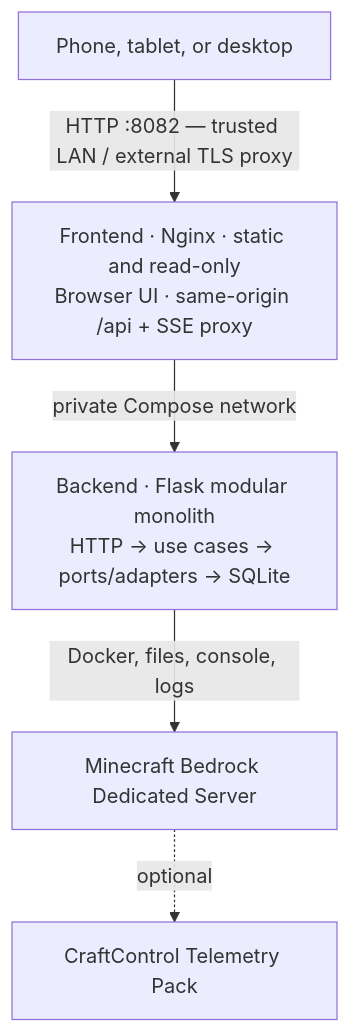
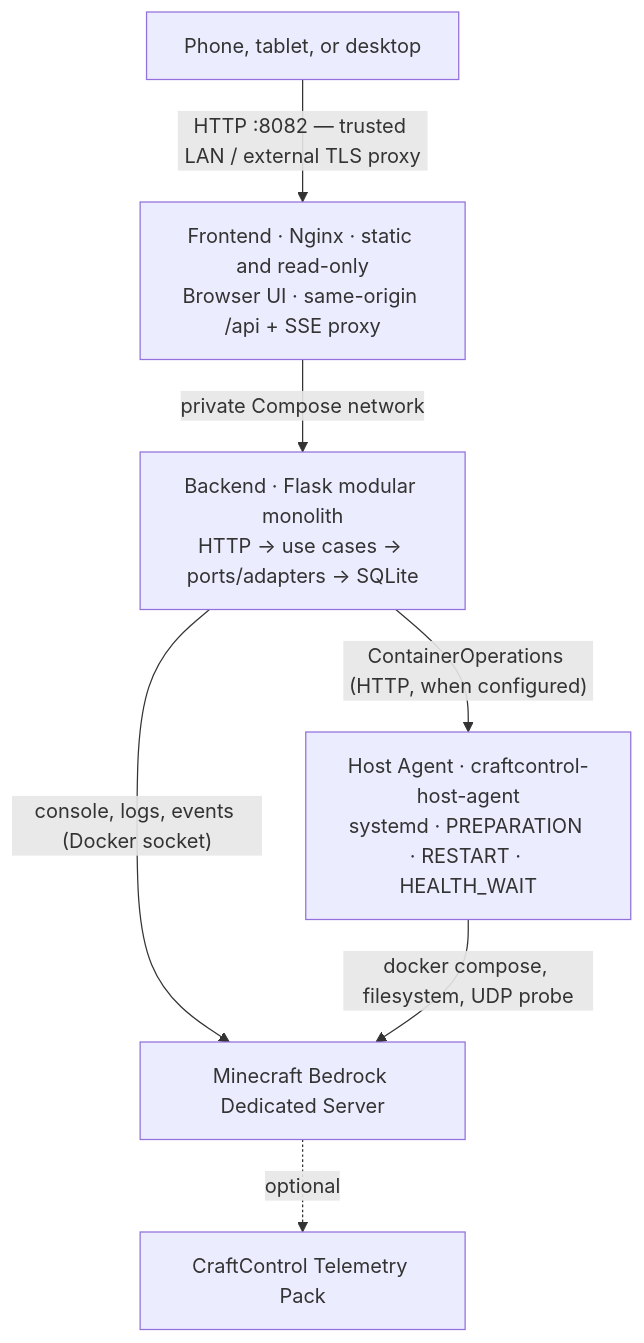
One commit to dgaramos/craftcontrol changed the first of 5 diagrams in README.md. Above: the diagram before and after it, drawn with Mermaid. The commit also changed other lines of this file and 6 other files, not shown here.

First line of the commit message:
docs(host-agent): document privileged execution boundary

````diff
--- a/README.md
+++ b/README.md
@@ -59,7 +59,9 @@
 ```mermaid
 flowchart TD
     client["Phone, tablet, or desktop"] -->|"HTTP :8082 — trusted LAN / external TLS proxy"| frontend["Frontend · Nginx · static and read-only<br/>Browser UI · same-origin /api + SSE proxy"]
     frontend -->|"private Compose network"| backend["Backend · Flask modular monolith<br/>HTTP → use cases → ports/adapters → SQLite"]
-    backend -->|"Docker, files, console, logs"| bedrock["Minecraft Bedrock Dedicated Server"]
+    backend -->|"console, logs, events (Docker socket)"| bedrock["Minecraft Bedrock Dedicated Server"]
+    backend -->|"ContainerOperations (HTTP, when configured)"| hostagent["Host Agent · craftcontrol-host-agent<br/>systemd · PREPARATION · RESTART · HEALTH_WAIT"]
+    hostagent -->|"docker compose, filesystem, UDP probe"| bedrock
     bedrock -. "optional" .-> telemetry["CraftControl Telemetry Pack"]
 ```
````
